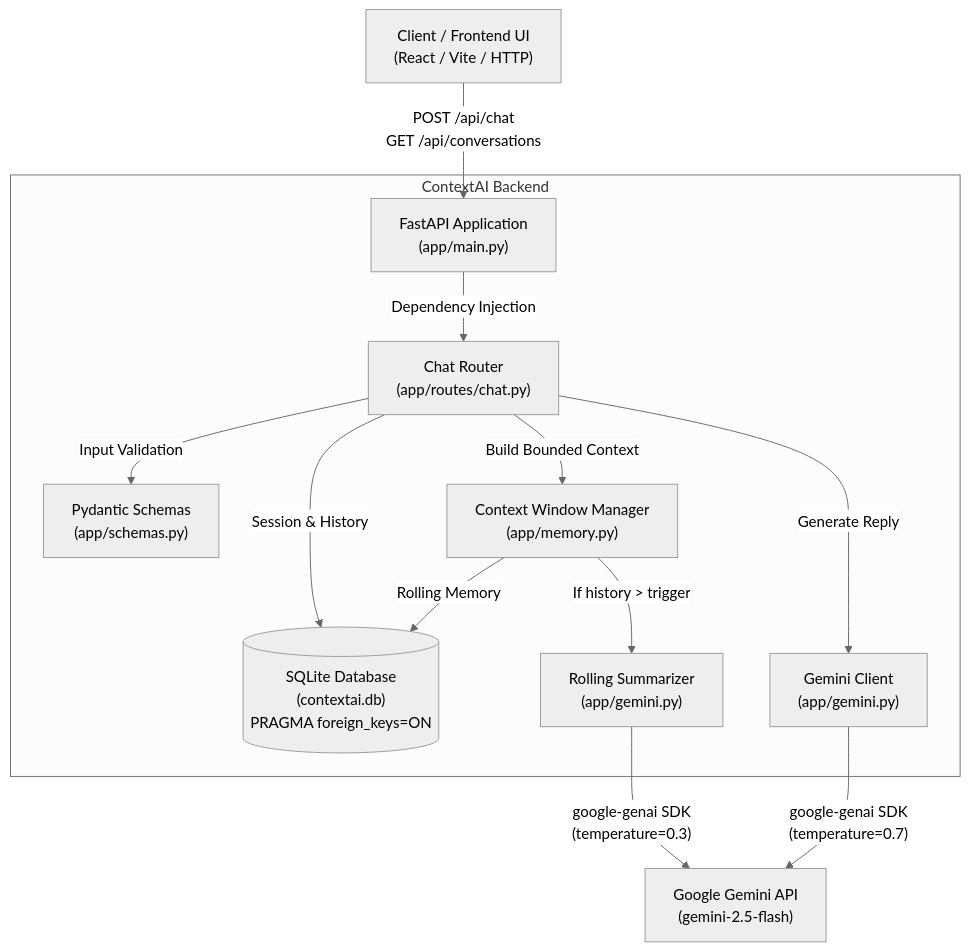
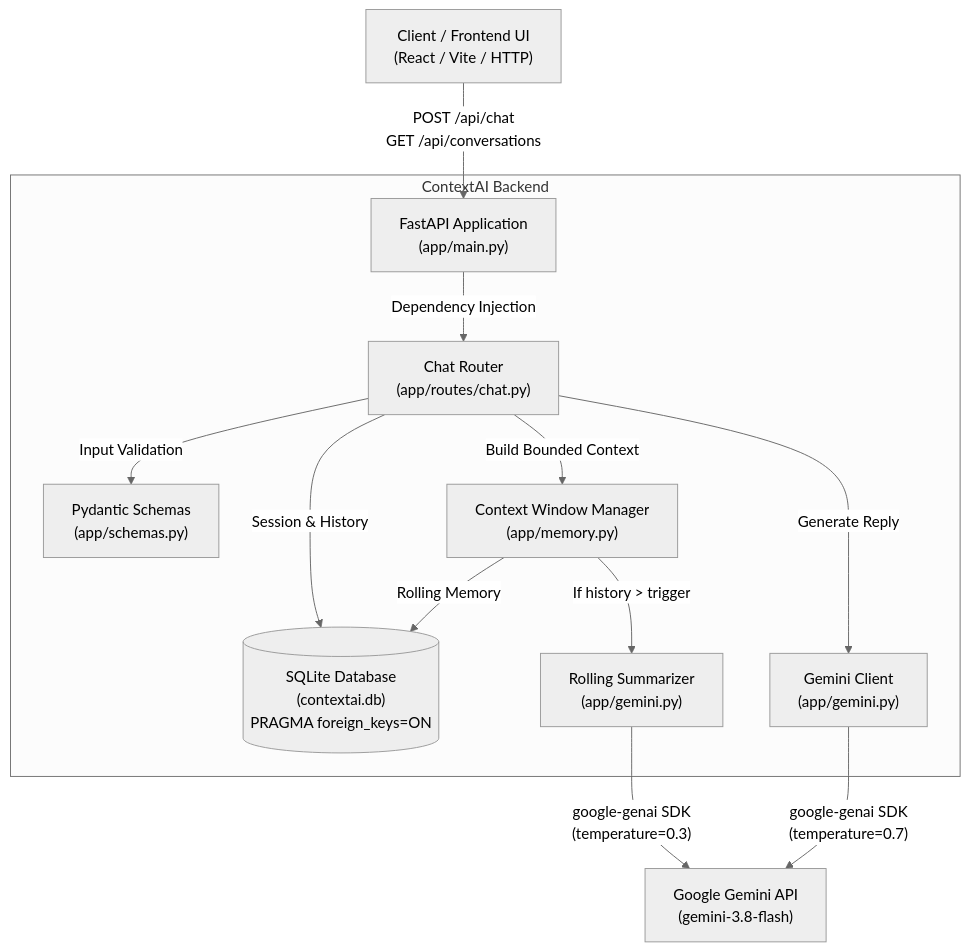
The first of 2 diagrams in README.md (bvr4j/context-ai-chatbot), drawn with Mermaid (neutral theme) before and after one commit. The commit also changed other lines of this file and 7 other files, not shown here.

````diff
--- a/README.md
+++ b/README.md
@@ -14,19 +14,19 @@
 ```mermaid
 flowchart TD
     Client["Client / Frontend UI\n(React / Vite / HTTP)"] -->|"POST /api/chat\nGET /api/conversations"| FastAPI["FastAPI Application\n(app/main.py)"]
     
     subgraph Backend ["ContextAI Backend"]
         FastAPI -->|"Dependency Injection"| Router["Chat Router\n(app/routes/chat.py)"]
         Router -->|"Input Validation"| Pydantic["Pydantic Schemas\n(app/schemas.py)"]
         Router -->|"Session & History"| SQLite[("SQLite Database\n(contextai.db)\nPRAGMA foreign_keys=ON")]
         
         Router -->|"Build Bounded Context"| MemoryMgr["Context Window Manager\n(app/memory.py)"]
         MemoryMgr -->|"Rolling Memory"| SQLite
         MemoryMgr -->|"If history > trigger"| Summarizer["Rolling Summarizer\n(app/gemini.py)"]
         
         Router -->|"Generate Reply"| GeminiClient["Gemini Client\n(app/gemini.py)"]
     end
 
-    Summarizer -->|"google-genai SDK\n(temperature=0.3)"| GeminiAPI["Google Gemini API\n(gemini-2.5-flash)"]
+    Summarizer -->|"google-genai SDK\n(temperature=0.3)"| GeminiAPI["Google Gemini API\n(gemini-3.8-flash)"]
     GeminiClient -->|"google-genai SDK\n(temperature=0.7)"| GeminiAPI
 ```
````
